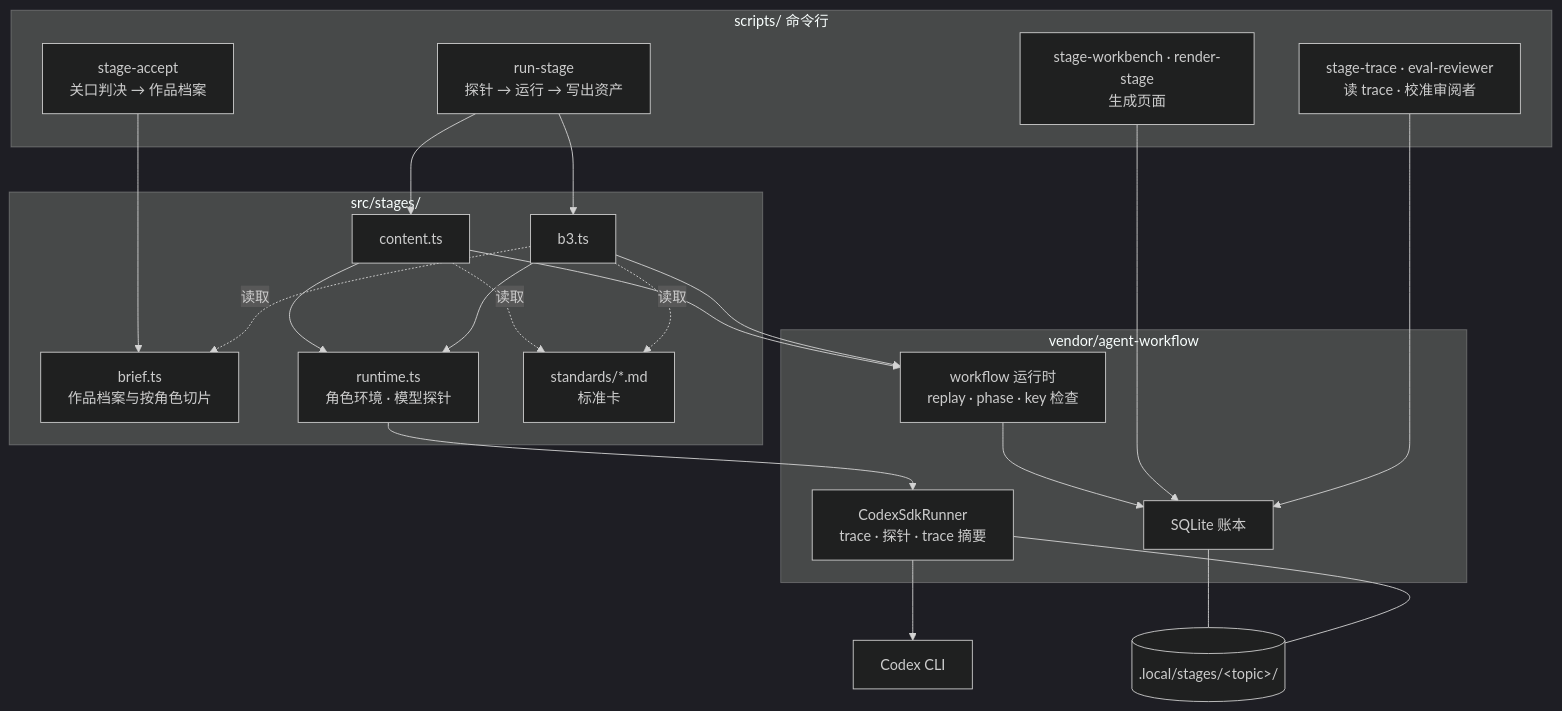
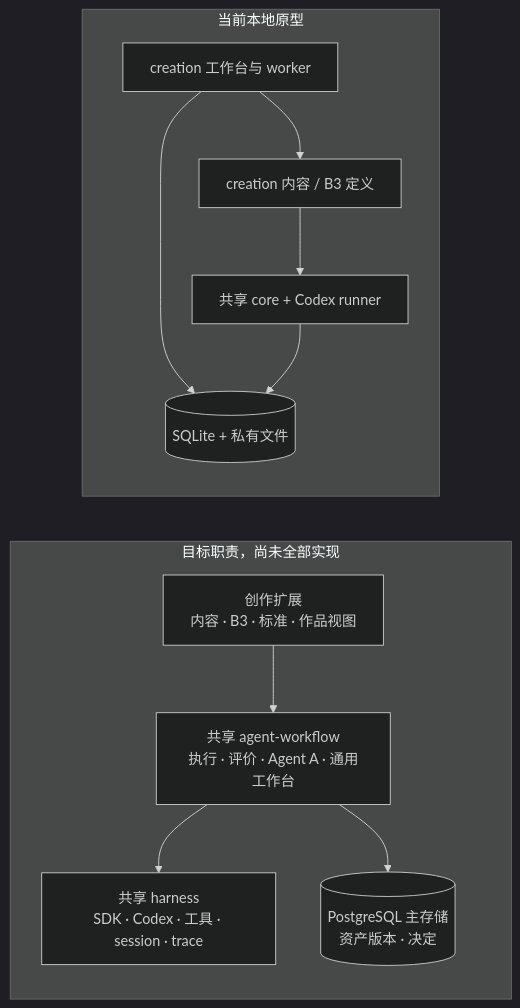
The diagram in workbenches/creation/docs/03-architecture/README.md (cyl19970726/creator-lab), drawn with Mermaid (dark theme) before and after one commit. The commit also changed other lines of this file and 98 other files, not shown here.

First line of the commit message:
Integrate CONTENT cases with the shared Workflow Space workbench (#2)

````diff
--- a/workbenches/creation/docs/03-architecture/README.md
+++ b/workbenches/creation/docs/03-architecture/README.md
@@ -5,30 +5,14 @@
 ```mermaid
-flowchart TB
-  subgraph CLI[scripts/ 命令行]
-    RUN[run-stage<br/>探针 → 运行 → 写出资产]
-    ACC[stage-accept<br/>关口判决 → 作品档案]
-    VIEW[stage-workbench · render-stage<br/>生成页面]
-    TR[stage-trace · eval-reviewer<br/>读 trace · 校准审阅者]
+flowchart LR
+  subgraph TARGET[目标职责，尚未全部实现]
+    C[创作扩展<br/>内容 · B3 · 标准 · 作品视图] --> A[共享 agent-workflow<br/>执行 · 评价 · Agent A · 通用工作台]
+    A --> H[共享 harness<br/>SDK · Codex · 工具 · session · trace]
+    A --> P[(PostgreSQL 主存储<br/>资产版本 · 决定)]
   end
-  subgraph STAGES[src/stages/]
-    CONTENT[content.ts] & B3[b3.ts]
-    BR[brief.ts<br/>作品档案与按角色切片]
-    RT[runtime.ts<br/>角色环境 · 模型探针]
-    SC[standards/*.md<br/>标准卡]
+  subgraph NOW[当前本地原型]
+    W[creation 工作台与 worker] --> D[creation 内容 / B3 定义]
+    D --> S[共享 core + Codex runner]
+    W --> L[(SQLite + 私有文件)]
+    S --> L
   end
-  subgraph AW[vendor/agent-workflow]
-    CORE[workflow 运行时<br/>replay · phase · key 检查]
-    CX[CodexSdkRunner<br/>trace · 探针 · trace 摘要]
-    SQL[SQLite 账本]
-  end
-  RUN --> CONTENT & B3
-  CONTENT & B3 --> RT --> CX --> CODEX[Codex CLI]
-  CONTENT & B3 --> CORE --> SQL
-  ACC --> BR
-  B3 -. 读取 .-> BR
-  CONTENT & B3 -. 读取 .-> SC
-  VIEW & TR --> SQL
-  STATE[(.local/stages/&lt;topic&gt;/)]
-  SQL --- STATE
-  CX --- STATE
 ```
````
